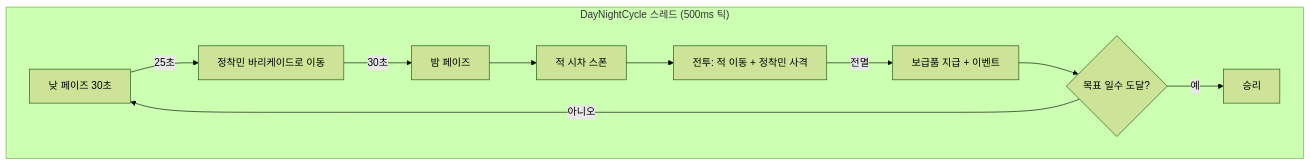
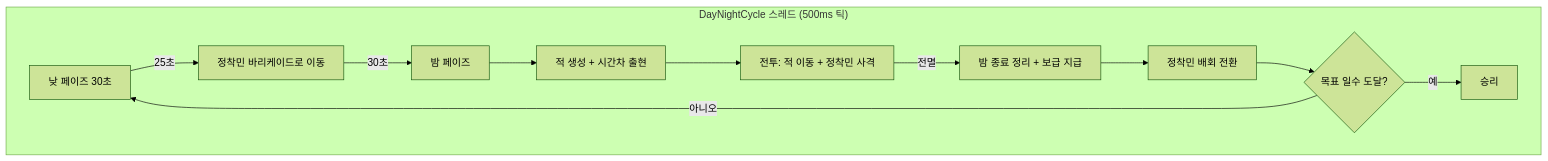
Diagram 11 of 13 in week6/CLAUDE.md (weweweme/teamnova_basic_class), drawn with Mermaid (forest theme) before and after one commit. The commit also changed other lines of this file, not shown here.

````diff
--- a/week6/CLAUDE.md
+++ b/week6/CLAUDE.md
@@ -450,13 +507,14 @@
 ```mermaid
 graph TD
     subgraph "DayNightCycle 스레드 (500ms 틱)"
         DAY[낮 페이즈 30초] -->|25초| PREPARE[정착민 바리케이드로 이동]
         PREPARE -->|30초| NIGHT[밤 페이즈]
-        NIGHT --> SPAWN[적 시차 스폰]
+        NIGHT --> SPAWN[적 생성 + 시간차 출현]
         SPAWN --> BATTLE[전투: 적 이동 + 정착민 사격]
-        BATTLE -->|전멸| REWARD[보급품 지급 + 이벤트]
-        REWARD --> CHECK{목표 일수 도달?}
+        BATTLE -->|전멸| REWARD[밤 종료 정리 + 보급 지급]
+        REWARD --> WANDER[정착민 배회 전환]
+        WANDER --> CHECK{목표 일수 도달?}
         CHECK -->|아니오| DAY
         CHECK -->|예| VICTORY[승리]
     end
 ```
````
